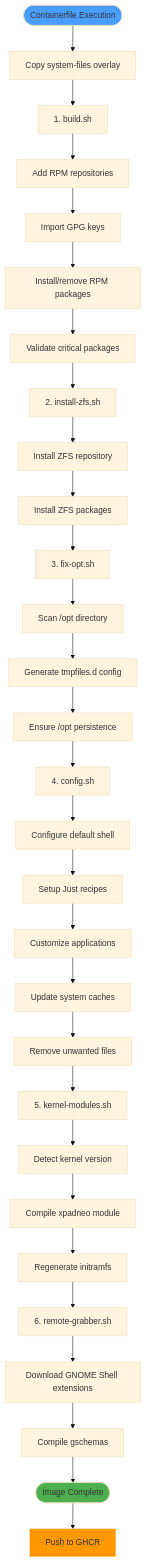
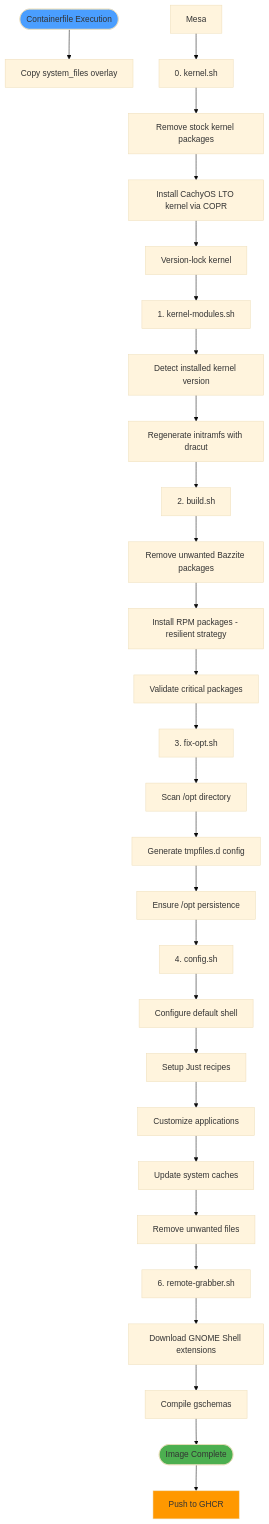
One commit to phantomcortex/DistinctionOS changed the first of 3 diagrams in docs/developer.md. Above: the diagram before and after it, drawn with Mermaid (base theme). The commit also changed other lines of this file and 3 other files, not shown here.

````diff
--- a/docs/developer.md
+++ b/docs/developer.md
@@ -88,42 +109,41 @@
 ```mermaid
 flowchart TD
-    Start([Containerfile Execution]) --> Copy[Copy system-files overlay]
-    Copy --> B1[1. build.sh]
-    
-    B1 --> B1A[Add RPM repositories]
-    B1A --> B1B[Import GPG keys]
-    B1B --> B1C[Install/remove RPM packages]
-    B1C --> B1D[Validate critical packages]
-    B1D --> B2
-    
-    B2[2. install-zfs.sh] --> B2A[Install ZFS repository]
-    B2A --> B2B[Install ZFS packages]
-    B2B --> B3
-    
+    Start([Containerfile Execution]) --> Copy[Copy system_files overlay]
+    Mesa --> B0[0. kernel.sh]
+
+    B0 --> B0A[Remove stock kernel packages]
+    B0A --> B0B[Install CachyOS LTO kernel via COPR]
+    B0B --> B0C[Version-lock kernel]
+    B0C --> B1
+
+    B1[1. kernel-modules.sh] --> B1A[Detect installed kernel version]
+    B1A --> B1B[Regenerate initramfs with dracut]
+    B1B --> B2
+
+    B2[2. build.sh] --> B2A[Remove unwanted Bazzite packages]
+    B2A --> B2B[Install RPM packages - resilient strategy]
+    B2B --> B2C[Validate critical packages]
+    B2C --> B3
+
     B3[3. fix-opt.sh] --> B3A[Scan /opt directory]
     B3A --> B3B[Generate tmpfiles.d config]
     B3B --> B3C[Ensure /opt persistence]
     B3C --> B4
-    
+
     B4[4. config.sh] --> B4A[Configure default shell]
     B4A --> B4B[Setup Just recipes]
     B4B --> B4C[Customize applications]
     B4C --> B4D[Update system caches]
     B4D --> B4E[Remove unwanted files]
-    B4E --> B5
-    
-    B5[5. kernel-modules.sh] --> B5A[Detect kernel version]
-    B5A --> B5B[Compile xpadneo module]
-    B5B --> B5C[Regenerate initramfs]
-    B5C --> B6
-    
+    B4E --> B6
+
     B6[6. remote-grabber.sh] --> B6A[Download GNOME Shell extensions]
     B6A --> B6B[Compile gschemas]
     B6B --> Finish
-    
+
     Finish([Image Complete]) --> Push[Push to GHCR]
-    
+
     style Start fill:#4a9eff
     style Finish fill:#4caf50
     style Push fill:#ff9800
 ```
````
